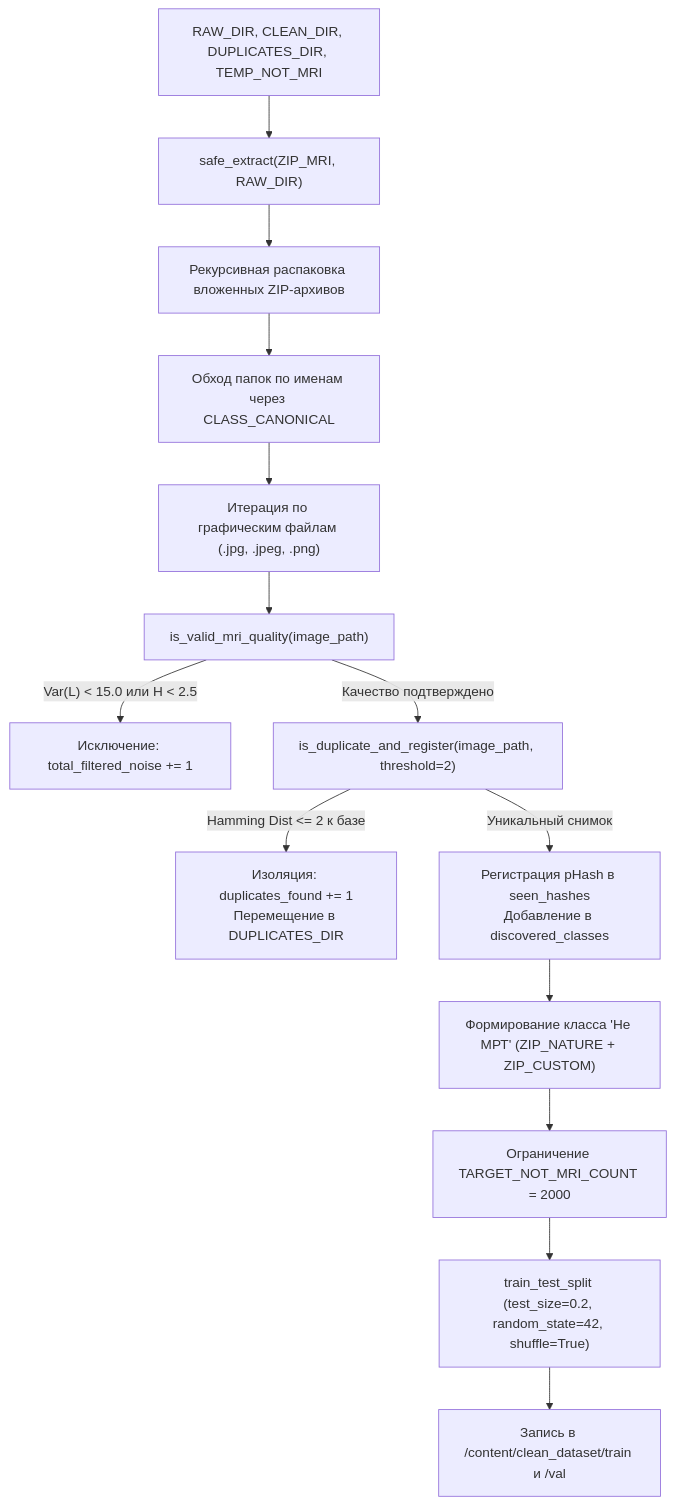
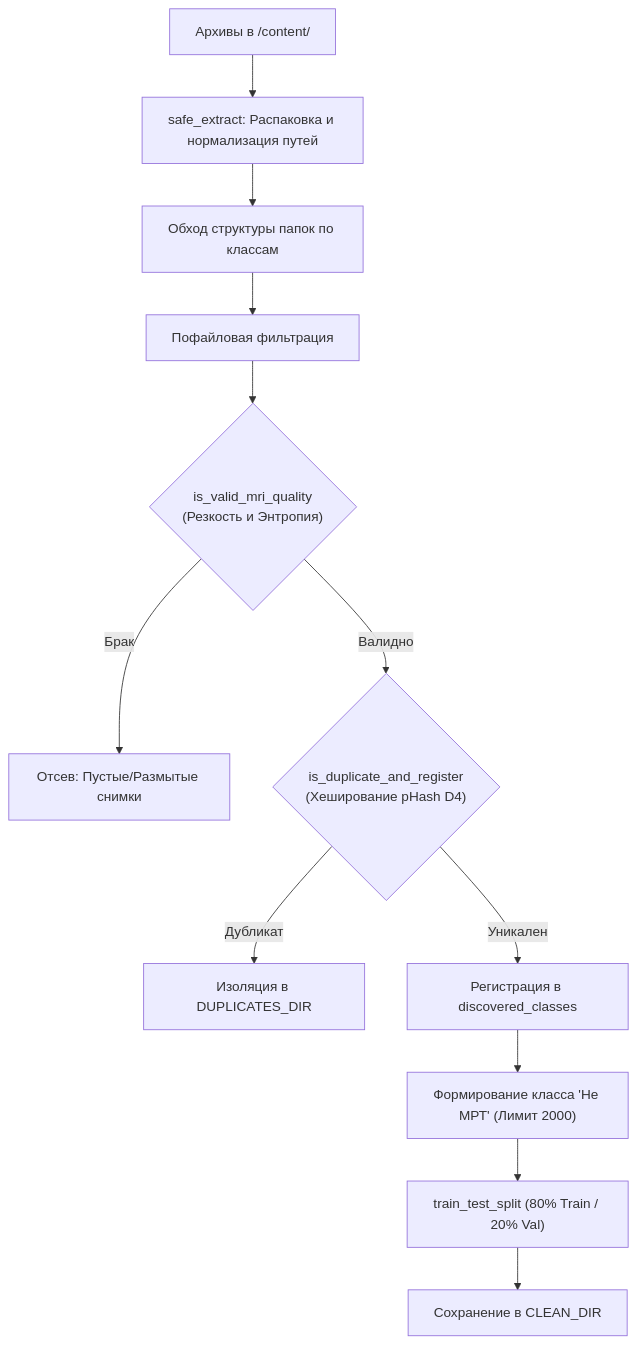
The third of 7 diagrams in README.md (marklemesev-spec/mri-brain-tumors), drawn with Mermaid before and after one commit. The commit also changed other lines of this file, not shown here.

````diff
--- a/README.md
+++ b/README.md
@@ -117,19 +116,14 @@
 ```mermaid
 flowchart TD
-    A["RAW_DIR, CLEAN_DIR, DUPLICATES_DIR, TEMP_NOT_MRI"] --> B["safe_extract(ZIP_MRI, RAW_DIR)"]
-    B --> C["Рекурсивная распаковка вложенных ZIP-архивов"]
-    C --> D["Обход папок по именам через CLASS_CANONICAL"]
-    D --> E["Итерация по графическим файлам (.jpg, .jpeg, .png)"]
-    
-    E --> F["is_valid_mri_quality(image_path)"]
-    F -- "Var(L) < 15.0 или H < 2.5" --> G["Исключение: total_filtered_noise += 1"]
-    F -- Качество подтверждено --> H["is_duplicate_and_register(image_path, threshold=2)"]
-    
-    H -- "Hamming Dist <= 2 к базе" --> I["Изоляция: duplicates_found += 1<br/>Перемещение в DUPLICATES_DIR"]
-    H -- Уникальный снимок --> J["Регистрация pHash в seen_hashes<br/>Добавление в discovered_classes"]
-    
-    J --> K["Формирование класса 'Не МРТ' (ZIP_NATURE + ZIP_CUSTOM)"]
-    K --> L["Ограничение TARGET_NOT_MRI_COUNT = 2000"]
-    L --> M["train_test_split (test_size=0.2, random_state=42, shuffle=True)"]
-    M --> N["Запись в /content/clean_dataset/train и /val"]
+    A["Архивы в /content/"] --> B["safe_extract: Распаковка и нормализация путей"]
+    B --> C["Обход структуры папок по классам"]
+    C --> D["Пофайловая фильтрация"]
+    D --> E{"is_valid_mri_quality<br/>(Резкость и Энтропия)"}
+    E -->|Брак| F["Отсев: Пустые/Размытые снимки"]
+    E -->|Валидно| G{"is_duplicate_and_register<br/>(Хеширование pHash D4)"}
+    G -->|Дубликат| H["Изоляция в DUPLICATES_DIR"]
+    G -->|Уникален| I["Регистрация в discovered_classes"]
+    I --> J["Формирование класса 'Не МРТ' (Лимит 2000)"]
+    J --> K["train_test_split (80% Train / 20% Val)"]
+    K --> L["Сохранение в CLEAN_DIR"]
 ```
````
